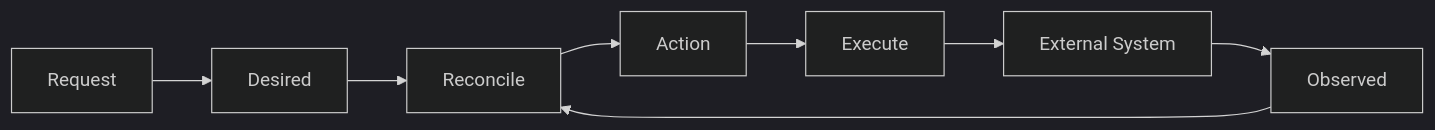
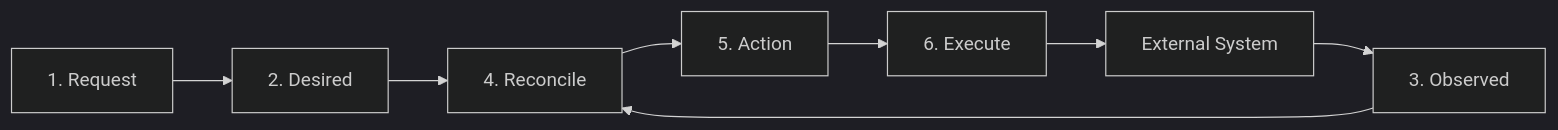
The eighth of 18 diagrams in docs/RESOURCE-CONTROL-LOOP.md (danielsabatini/smarkee), drawn with Mermaid (dark theme) before and after one commit. The commit also changed other lines of this file, not shown here.

````diff
--- a/docs/RESOURCE-CONTROL-LOOP.md
+++ b/docs/RESOURCE-CONTROL-LOOP.md
@@ -593,19 +593,19 @@
 ```mermaid
 flowchart LR
 
-    A[Request]
-    B[Desired]
-    C[Observed]
-    D[Reconcile]
-    E[Action]
-    F[Execute]
+    A[1. Request]
+    B[2. Desired]
+    C[3. Observed]
+    D[4. Reconcile]
+    E[5. Action]
+    F[6. Execute]
     G[External System]
 
     A --> B
     B --> D
     C --> D
     D --> E
     E --> F
     F --> G
     G --> C
 ```
````
